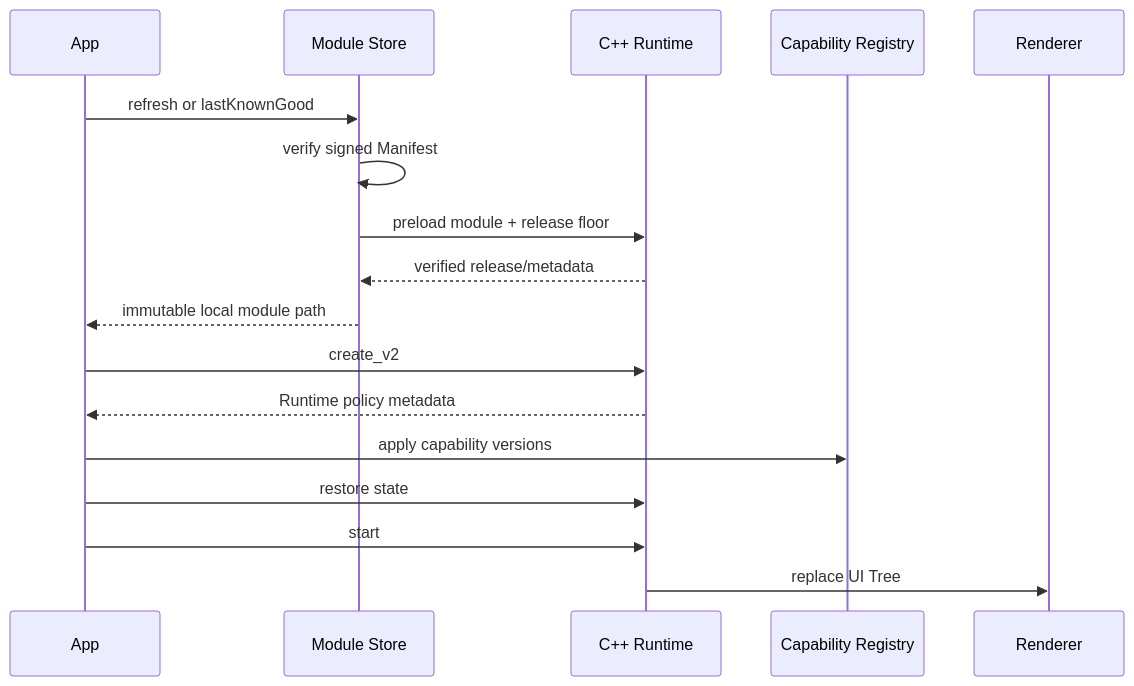
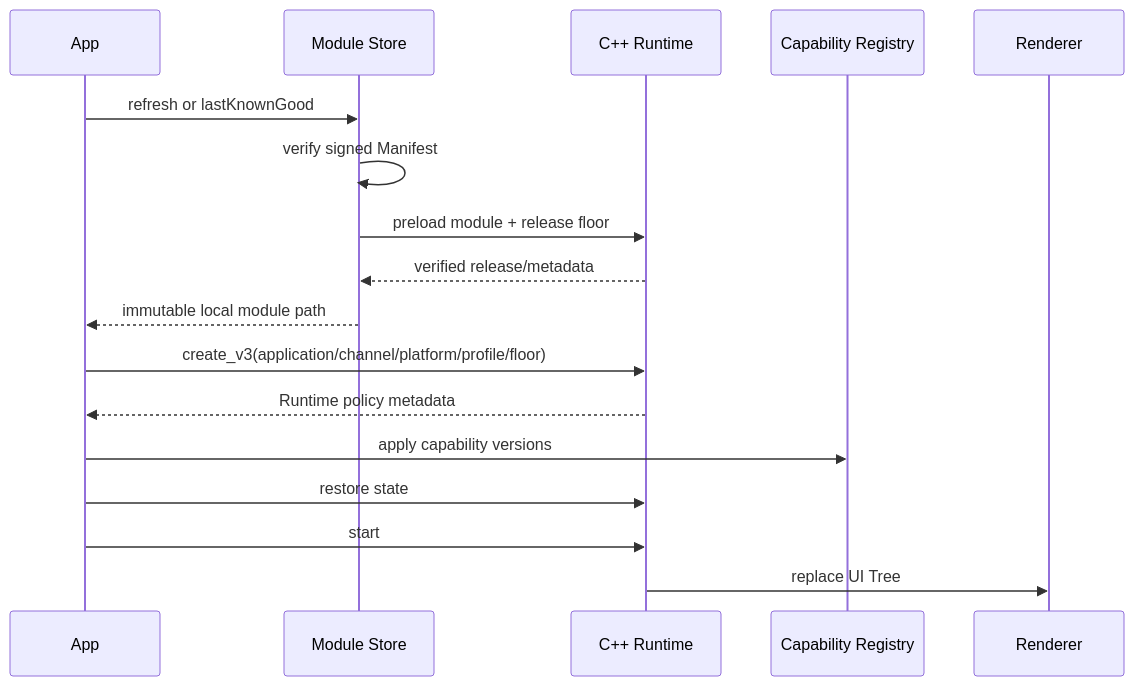
One commit to kairowan/PVM-Runtime changed the diagram in docs/PLATFORM_INTEGRATION.md. Above: the diagram before and after it, drawn with Mermaid. The commit also changed other lines of this file and 49 other files, not shown here.

````diff
--- a/docs/PLATFORM_INTEGRATION.md
+++ b/docs/PLATFORM_INTEGRATION.md
@@ -15,20 +15,20 @@
 ```mermaid
 sequenceDiagram
     participant App
     participant Store as Module Store
     participant VM as C++ Runtime
     participant Registry as Capability Registry
     participant Renderer
 
     App->>Store: refresh or lastKnownGood
     Store->>Store: verify signed Manifest
     Store->>VM: preload module + release floor
     VM-->>Store: verified release/metadata
     Store-->>App: immutable local module path
-    App->>VM: create_v2
+    App->>VM: create_v3(application/channel/platform/profile/floor)
     VM-->>App: Runtime policy metadata
     App->>Registry: apply capability versions
     App->>VM: restore state
     App->>VM: start
     VM->>Renderer: replace UI Tree
 ```
````
